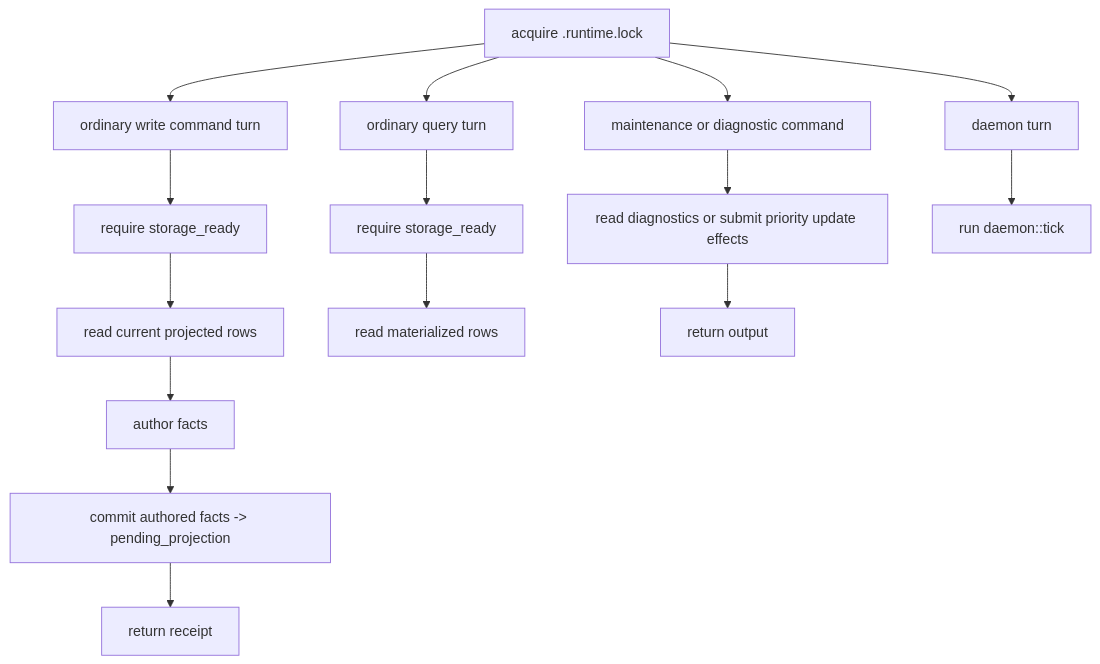
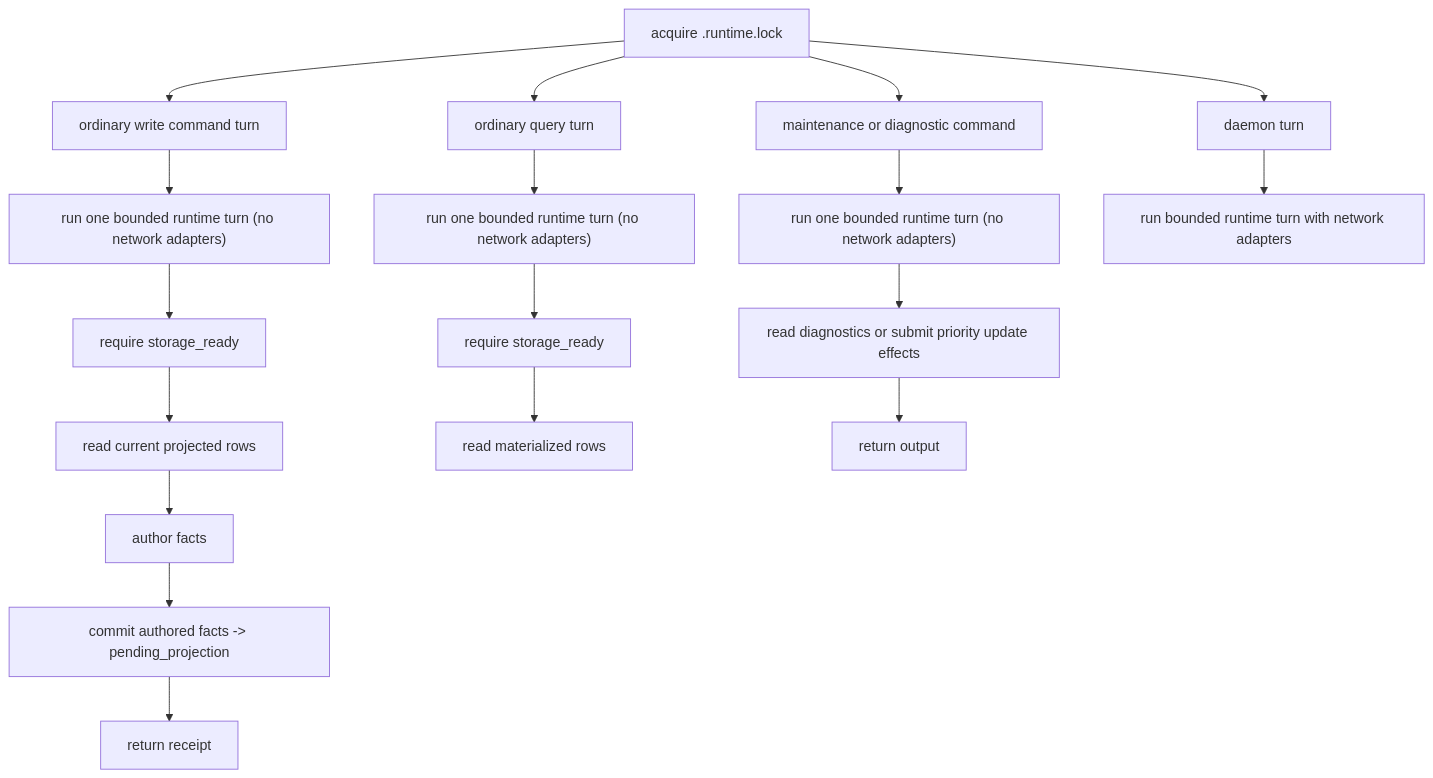
One commit to holmesworcester/poc-10 changed the fourth of 10 diagrams in ARCHITECTURE_DIAGRAMS.md. Above: the diagram before and after it, drawn with Mermaid. The commit also changed other lines of this file and 20 other files, not shown here.

````diff
--- a/ARCHITECTURE_DIAGRAMS.md
+++ b/ARCHITECTURE_DIAGRAMS.md
@@ -254,23 +254,26 @@
 ```mermaid
 %%{init: {"flowchart": {"wrappingWidth": 300}} }%%
 flowchart TD
     LOCK["acquire <db>.runtime.lock"]
 
     LOCK --> CMD["ordinary write command turn"]
-    CMD --> CMD_READY["require storage_ready"]
+    CMD --> CMD_PREFLIGHT["run one bounded runtime turn (no network adapters)"]
+    CMD_PREFLIGHT --> CMD_READY["require storage_ready"]
     CMD_READY --> READ_INPUTS["read current projected rows"]
     READ_INPUTS --> AUTHOR["author facts"]
     AUTHOR --> COMMIT_FACTS["commit authored facts -> pending_projection"]
     COMMIT_FACTS --> RECEIPT["return receipt"]
 
     LOCK --> Q["ordinary query turn"]
-    Q --> Q_READY["require storage_ready"]
+    Q --> Q_PREFLIGHT["run one bounded runtime turn (no network adapters)"]
+    Q_PREFLIGHT --> Q_READY["require storage_ready"]
     Q_READY --> READ["read materialized rows"]
 
     LOCK --> MAINT["maintenance or diagnostic command"]
-    MAINT --> MAINT_WORK["read diagnostics or submit priority update effects"]
+    MAINT --> MAINT_PREFLIGHT["run one bounded runtime turn (no network adapters)"]
+    MAINT_PREFLIGHT --> MAINT_WORK["read diagnostics or submit priority update effects"]
     MAINT_WORK --> MAINT_RETURN["return output"]
 
     LOCK --> TICK["daemon turn"]
-    TICK --> DAEMON_TICK["run daemon::tick"]
+    TICK --> DAEMON_TICK["run bounded runtime turn with network adapters"]
 ```
````
